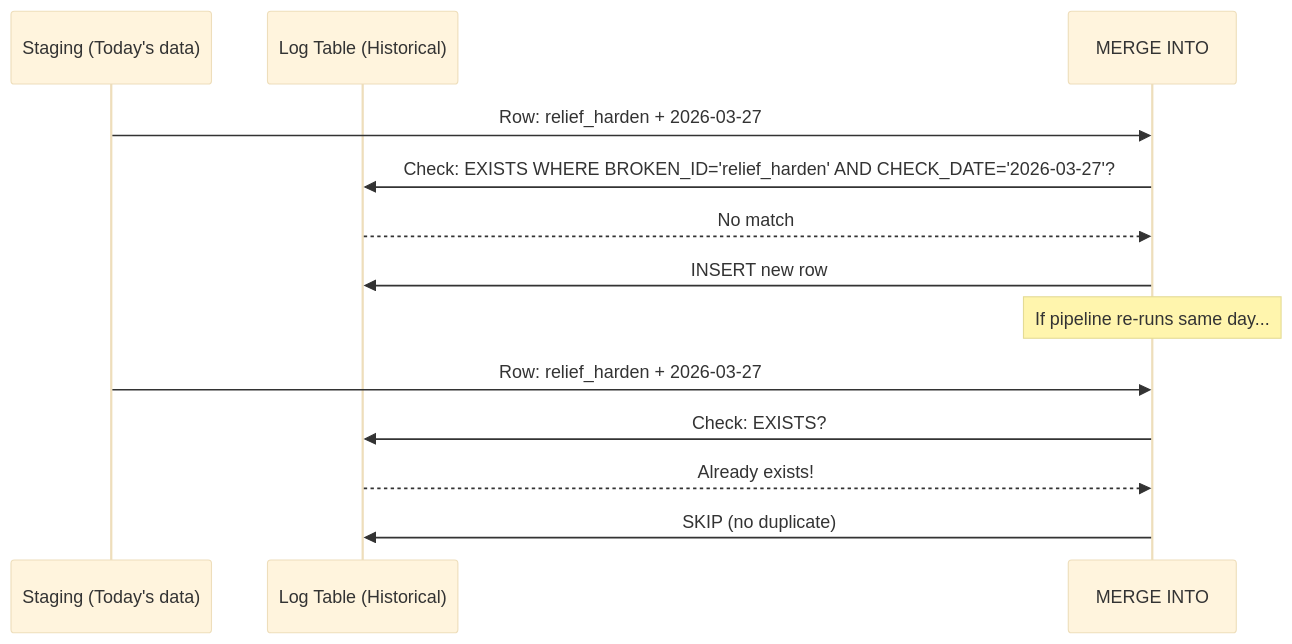
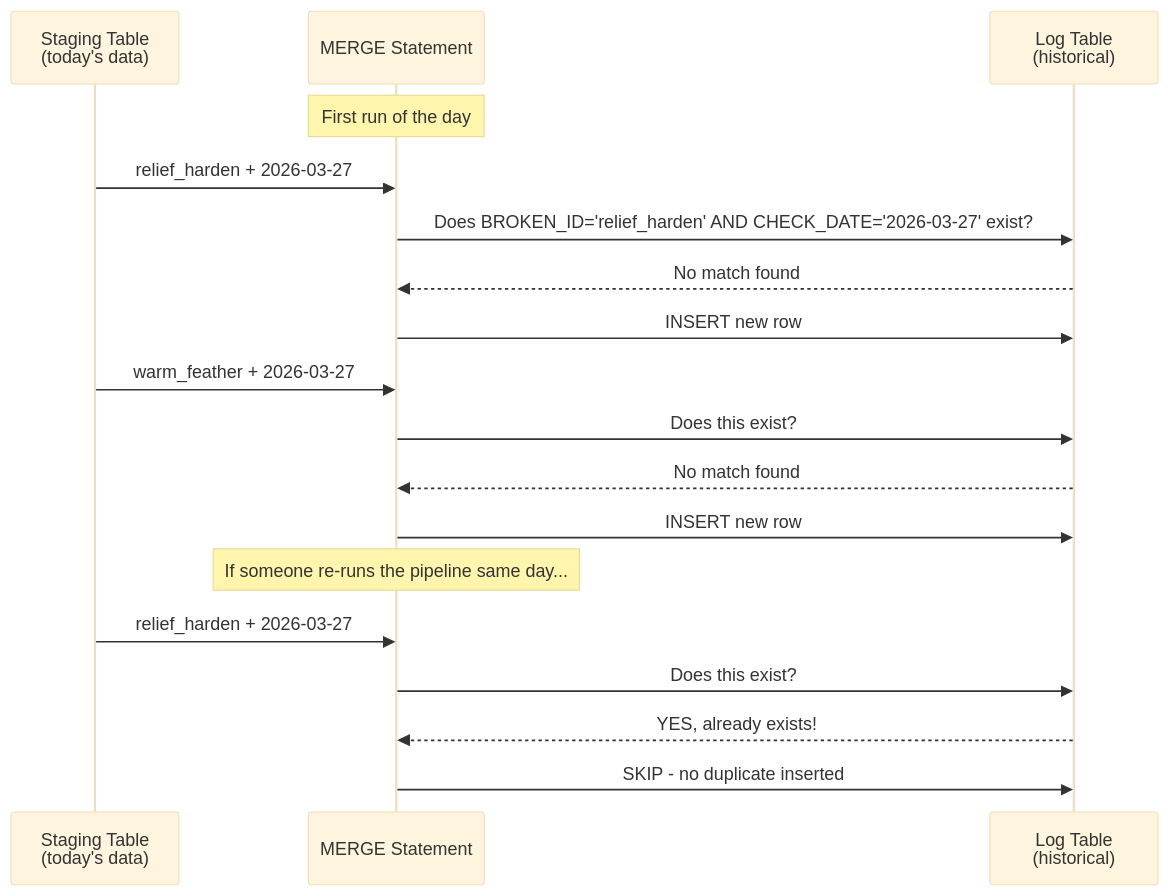
Before and after one commit to AvinashAnalytics/matillion-fivetran-tls-auto-fix: diagram 12 of 13 in README.md, drawn with Mermaid (base theme). The commit also changed other lines of this file, not shown here.

````diff
--- a/README.md
+++ b/README.md
@@ -714,17 +1221,23 @@
 ```mermaid
 sequenceDiagram
-    participant STG as Staging (Today's data)
-    participant LOG as Log Table (Historical)
-    participant MERGE as MERGE INTO
+    participant STG as Staging Table<br>(today's data)
+    participant MERGE as MERGE Statement
+    participant LOG as Log Table<br>(historical)
 
-    STG->>MERGE: Row: relief_harden + 2026-03-27
-    MERGE->>LOG: Check: EXISTS WHERE BROKEN_ID='relief_harden' AND CHECK_DATE='2026-03-27'?
-    LOG-->>MERGE: No match
+    Note over MERGE: First run of the day
+    STG->>MERGE: relief_harden + 2026-03-27
+    MERGE->>LOG: Does BROKEN_ID='relief_harden' AND CHECK_DATE='2026-03-27' exist?
+    LOG-->>MERGE: No match found
     MERGE->>LOG: INSERT new row
 
-    Note over MERGE: If pipeline re-runs same day...
-    STG->>MERGE: Row: relief_harden + 2026-03-27
-    MERGE->>LOG: Check: EXISTS?
-    LOG-->>MERGE: Already exists!
-    MERGE->>LOG: SKIP (no duplicate)
+    STG->>MERGE: warm_feather + 2026-03-27
+    MERGE->>LOG: Does this exist?
+    LOG-->>MERGE: No match found
+    MERGE->>LOG: INSERT new row
+
+    Note over MERGE: If someone re-runs the pipeline same day...
+    STG->>MERGE: relief_harden + 2026-03-27
+    MERGE->>LOG: Does this exist?
+    LOG-->>MERGE: YES, already exists!
+    MERGE->>LOG: SKIP - no duplicate inserted
 ```
````
